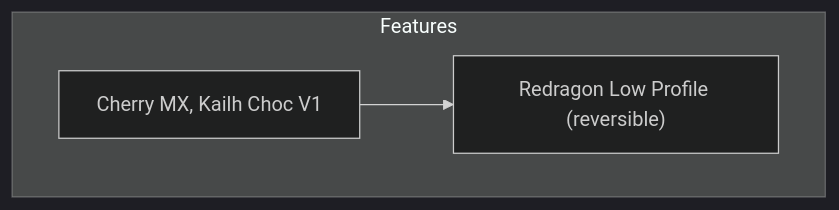
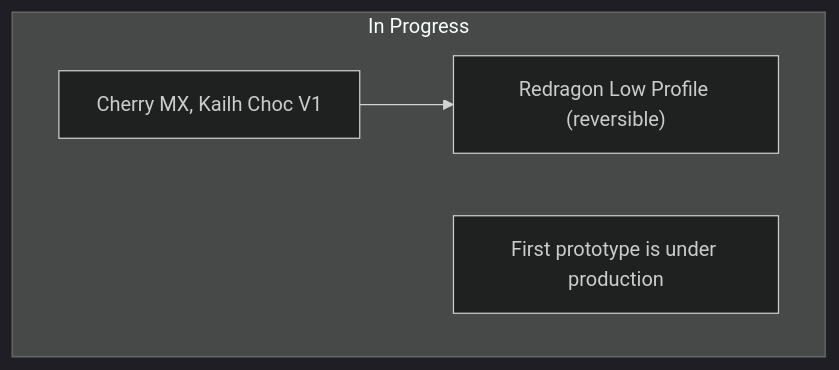
The diagram in README.md (Apiratchai/cheapis-redragon-lowprofile), drawn with Mermaid (dark theme) before and after one commit. The commit also changed other lines of this file, not shown here.

````diff
--- a/README.md
+++ b/README.md
@@ -1,8 +1,11 @@
 ```mermaid
 graph TD;
 
-subgraph Features
+
+subgraph In Progress
   id1["Cherry MX, Kailh Choc V1"] --> id2["Redragon Low Profile (reversible)"];
+  id3["First prototype is under production"]
+
 end
 
 ```
````
